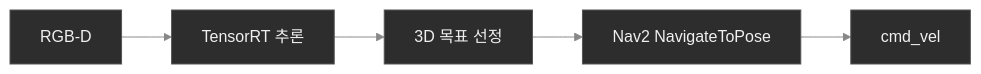
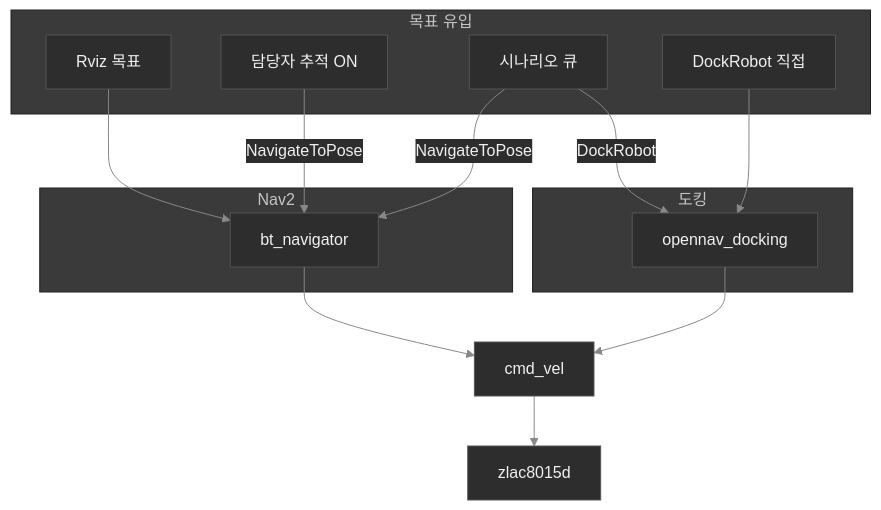
Before and after one commit to DDUGGOGI/DDUGGOGI: the eighth of 10 diagrams in 05_AMR_RDS.md, drawn with Mermaid. The commit also changed other lines of this file and 1 other file, not shown here.

````diff
--- a/05_AMR_RDS.md
+++ b/05_AMR_RDS.md
@@ -153,8 +294,25 @@
 ```mermaid
 %%{init: {'theme':'base', 'themeVariables': { 'primaryColor':'#2d2d2d', 'primaryTextColor':'#f0f0f0', 'primaryBorderColor':'#555', 'lineColor':'#888' }}}%%
-flowchart LR
-    CAM[RGB-D] --> DL[TensorRT 추론]
-    DL --> POSE[3D 목표 선정]
-    POSE --> NAV[Nav2 NavigateToPose]
-    NAV --> VEL[cmd_vel]
+flowchart TB
+    subgraph modes["목표 유입"]
+        RVIZ[Rviz 목표]
+        TRK[담당자 추적 ON]
+        SCQ[시나리오 큐]
+        DOCK_ACT[DockRobot 직접]
+    end
+    subgraph nav2["Nav2"]
+        BT[bt_navigator]
+    end
+    subgraph docking["도킹"]
+        DSV[opennav_docking]
+    end
+    CV[cmd_vel]
+    RVIZ --> BT
+    TRK -->|NavigateToPose| BT
+    SCQ -->|NavigateToPose| BT
+    SCQ -->|DockRobot| DSV
+    DOCK_ACT --> DSV
+    BT --> CV
+    DSV --> CV
+    CV --> ZLAC[zlac8015d]
 ```
````
